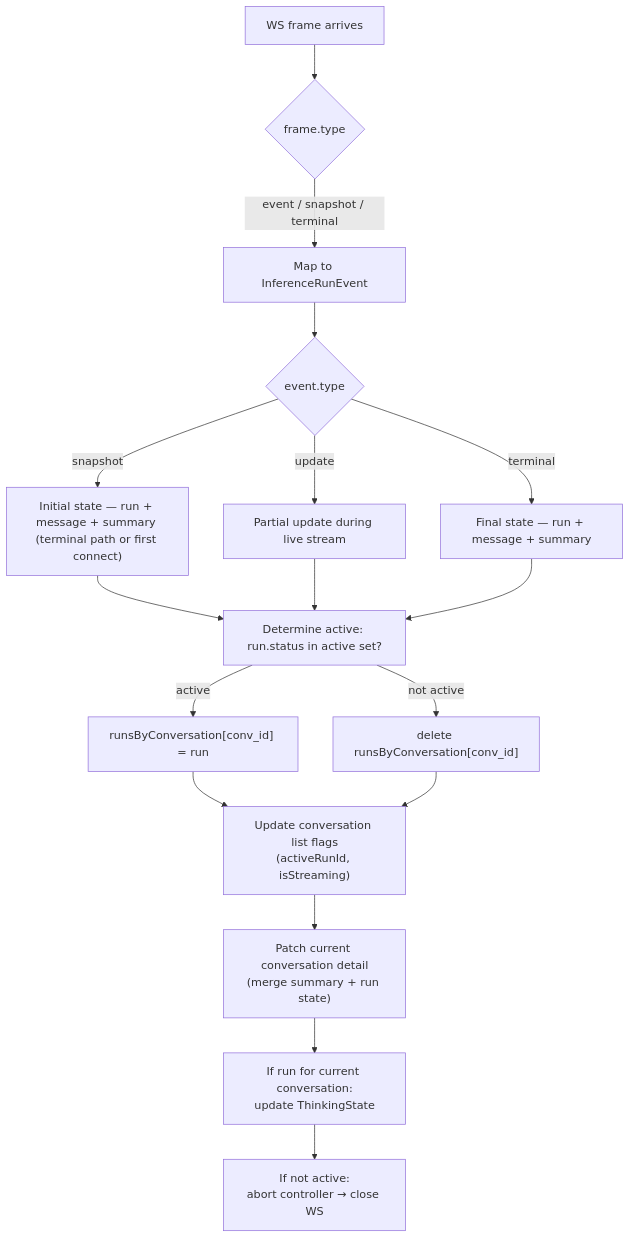
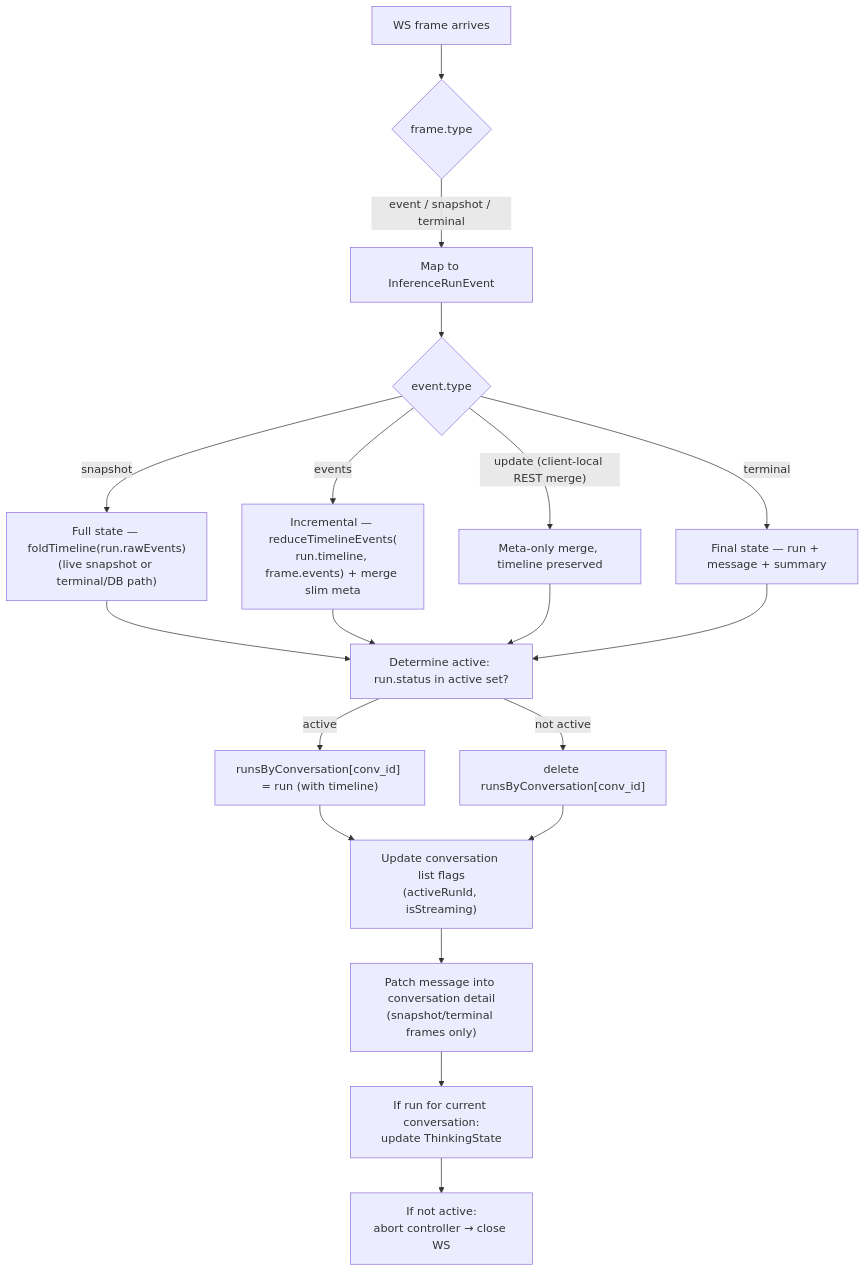
One commit to konstantinosmpouros/mAgenticX changed the eighth of 9 diagrams in docs/development/agui-protocol.md. Above: the diagram before and after it, drawn with Mermaid. The commit also changed other lines of this file and 39 other files, not shown here.

Commit message:
Agent run timeline rebuild: event-log fold + interleaved CoT/content + HITL takeover

````diff
--- a/docs/development/agui-protocol.md
+++ b/docs/development/agui-protocol.md
@@ -445,16 +452,17 @@
 ```mermaid
 flowchart TD
     A["WS frame arrives"] --> A2{"frame.type"}
     A2 -->|"event / snapshot / terminal"| A3["Map to InferenceRunEvent"]
     A3 --> B{"event.type"}
-    B -->|"snapshot"| C["Initial state — run + message + summary (terminal path or first connect)"]
-    B -->|"update"| D["Partial update during live stream"]
+    B -->|"snapshot"| C["Full state — foldTimeline(run.rawEvents)\n(live snapshot or terminal/DB path)"]
+    B -->|"events"| D["Incremental — reduceTimelineEvents(\nrun.timeline, frame.events) + merge slim meta"]
+    B -->|"update (client-local REST merge)"| D2["Meta-only merge, timeline preserved"]
     B -->|"terminal"| E["Final state — run + message + summary"]
-    C & D & E --> F["Determine active: run.status in active set?"]
-    F -->|"active"| G["runsByConversation[conv_id] = run"]
+    C & D & D2 & E --> F["Determine active: run.status in active set?"]
+    F -->|"active"| G["runsByConversation[conv_id] = run (with timeline)"]
     F -->|"not active"| H["delete runsByConversation[conv_id]"]
     G & H --> I["Update conversation list flags\n(activeRunId, isStreaming)"]
-    I --> J["Patch current conversation detail\n(merge summary + run state)"]
+    I --> J["Patch message into conversation detail\n(snapshot/terminal frames only)"]
     J --> K["If run for current conversation:\nupdate ThinkingState"]
     K --> L["If not active:\nabort controller → close WS"]
 ```
````
